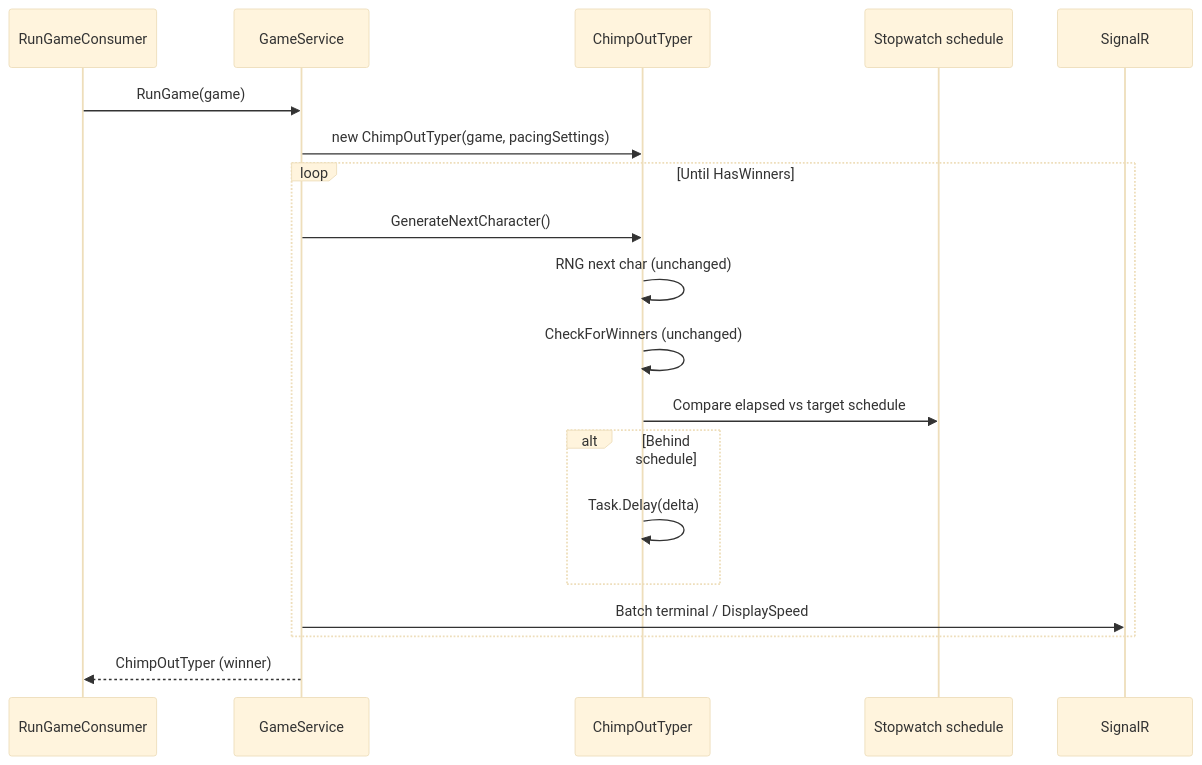
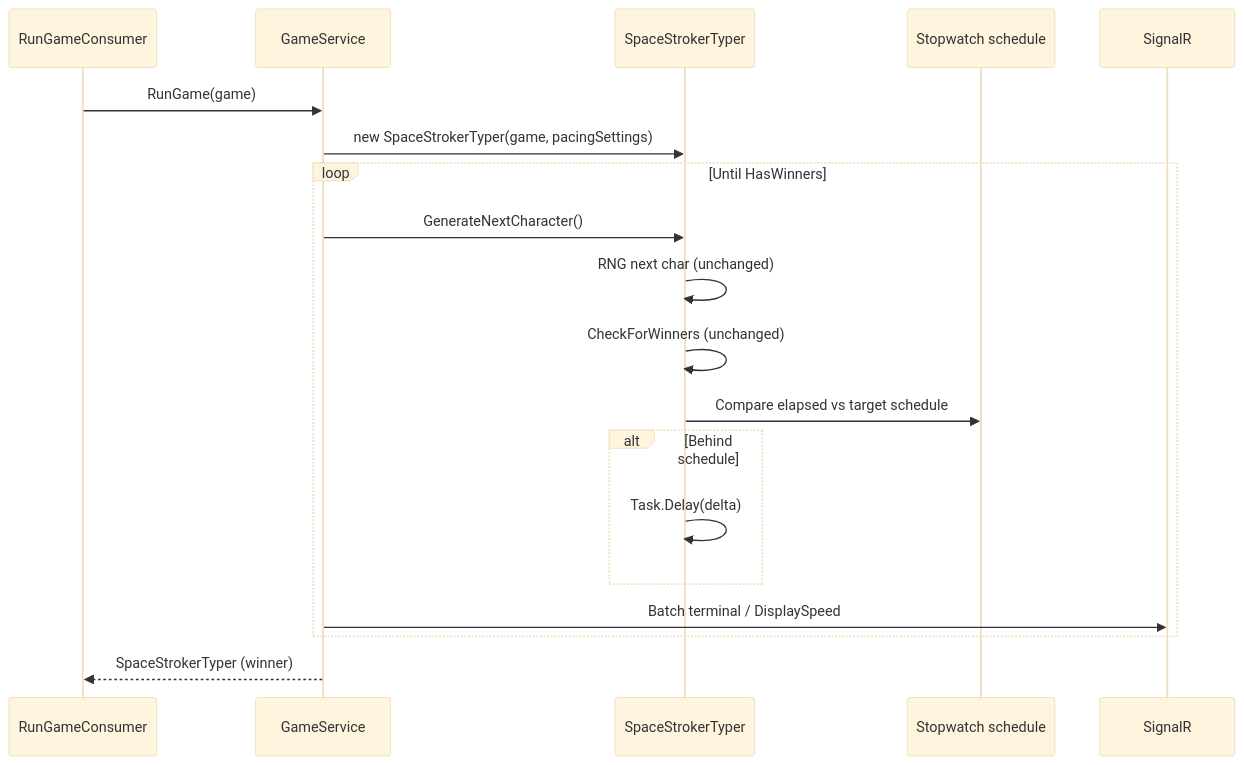
The diagram in specs/typer-pacing-scalability.md (marcusruas/monkify-meta), drawn with Mermaid (base theme) before and after one commit. The commit also changed other lines of this file and 99 other files, not shown here.

First line of the commit message:
Rename ChimpOut -> SpaceStroker across deploy + KB (#75).

````diff
--- a/specs/typer-pacing-scalability.md
+++ b/specs/typer-pacing-scalability.md
@@ -249,22 +249,22 @@
 ```mermaid
 sequenceDiagram
     participant RS as RunGameConsumer
     participant SS as GameService
-    participant MT as ChimpOutTyper
+    participant MT as SpaceStrokerTyper
     participant SW as Stopwatch schedule
     participant Hub as SignalR
 
     RS->>SS: RunGame(game)
-    SS->>MT: new ChimpOutTyper(game, pacingSettings)
+    SS->>MT: new SpaceStrokerTyper(game, pacingSettings)
     loop Until HasWinners
         SS->>MT: GenerateNextCharacter()
         MT->>MT: RNG next char (unchanged)
         MT->>MT: CheckForWinners (unchanged)
         MT->>SW: Compare elapsed vs target schedule
         alt Behind schedule
             MT->>MT: Task.Delay(delta)
         end
         SS->>Hub: Batch terminal / DisplaySpeed
     end
-    SS-->>RS: ChimpOutTyper (winner)
+    SS-->>RS: SpaceStrokerTyper (winner)
 ```
````
